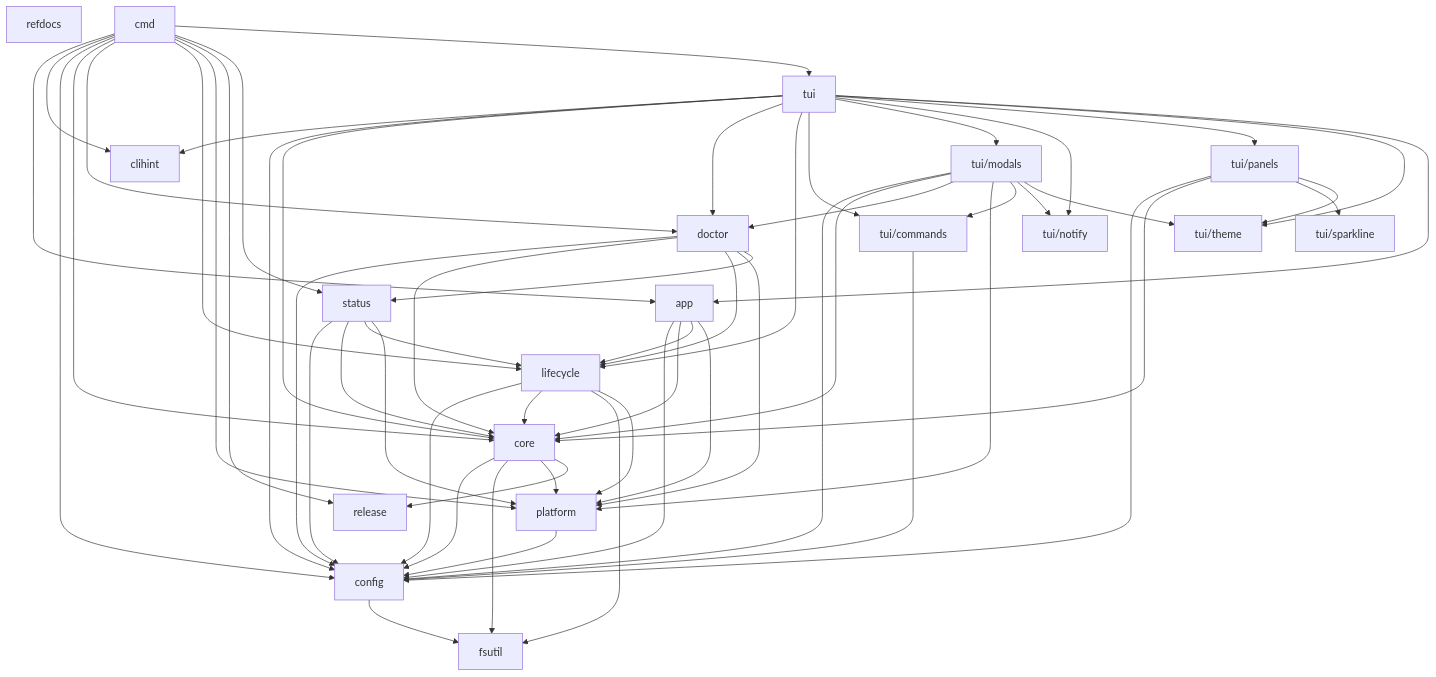
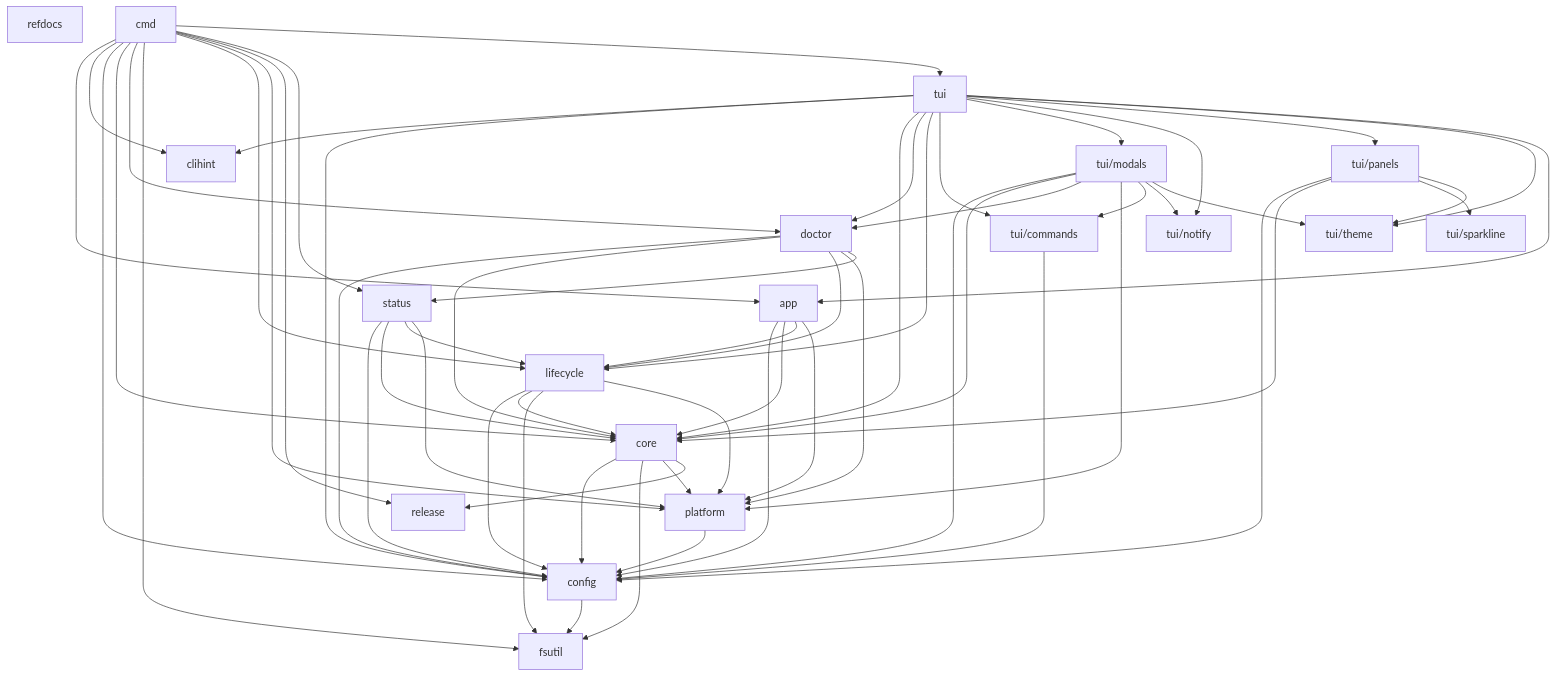
One commit to rtxnik/lazyray changed the diagram in docs/ARCHITECTURE.md. Above: the diagram before and after it, drawn with Mermaid. The commit also changed 20 other files, not shown here.

````diff
--- a/docs/ARCHITECTURE.md
+++ b/docs/ARCHITECTURE.md
@@ -337,81 +337,82 @@
 ```mermaid
 graph TD
     config[config]
     fsutil[fsutil]
     platform[platform]
     theme[tui/theme]
     notify[tui/notify]
     sparkline[tui/sparkline]
     clihint[clihint]
     release[release]
     refdocs[refdocs]
     core[core]
     lifecycle[lifecycle]
     status[status]
     doctor[doctor]
     commands[tui/commands]
     panels[tui/panels]
     modals[tui/modals]
     tui[tui]
     app[app]
     cmd[cmd]
 
     platform --> config
     config --> fsutil
     core --> config
     core --> fsutil
     core --> platform
     core --> release
     lifecycle --> config
     lifecycle --> core
     lifecycle --> fsutil
     lifecycle --> platform
     status --> config
     status --> core
     status --> lifecycle
     status --> platform
     doctor --> config
     doctor --> core
     doctor --> lifecycle
     doctor --> platform
     doctor --> status
     commands --> config
     panels --> config
     panels --> core
     panels --> sparkline
     panels --> theme
     modals --> config
     modals --> core
     modals --> doctor
     modals --> platform
     modals --> commands
     modals --> notify
     modals --> theme
     tui --> clihint
     tui --> config
     tui --> core
     tui --> doctor
     tui --> lifecycle
     tui --> commands
     tui --> modals
     tui --> notify
     tui --> panels
     tui --> theme
     tui --> app
 
     app --> config
     app --> core
     app --> lifecycle
     app --> platform
 
     cmd --> app
     cmd --> clihint
     cmd --> config
     cmd --> core
     cmd --> doctor
+    cmd --> fsutil
     cmd --> lifecycle
     cmd --> platform
     cmd --> release
     cmd --> status
     cmd --> tui
 ```
````
